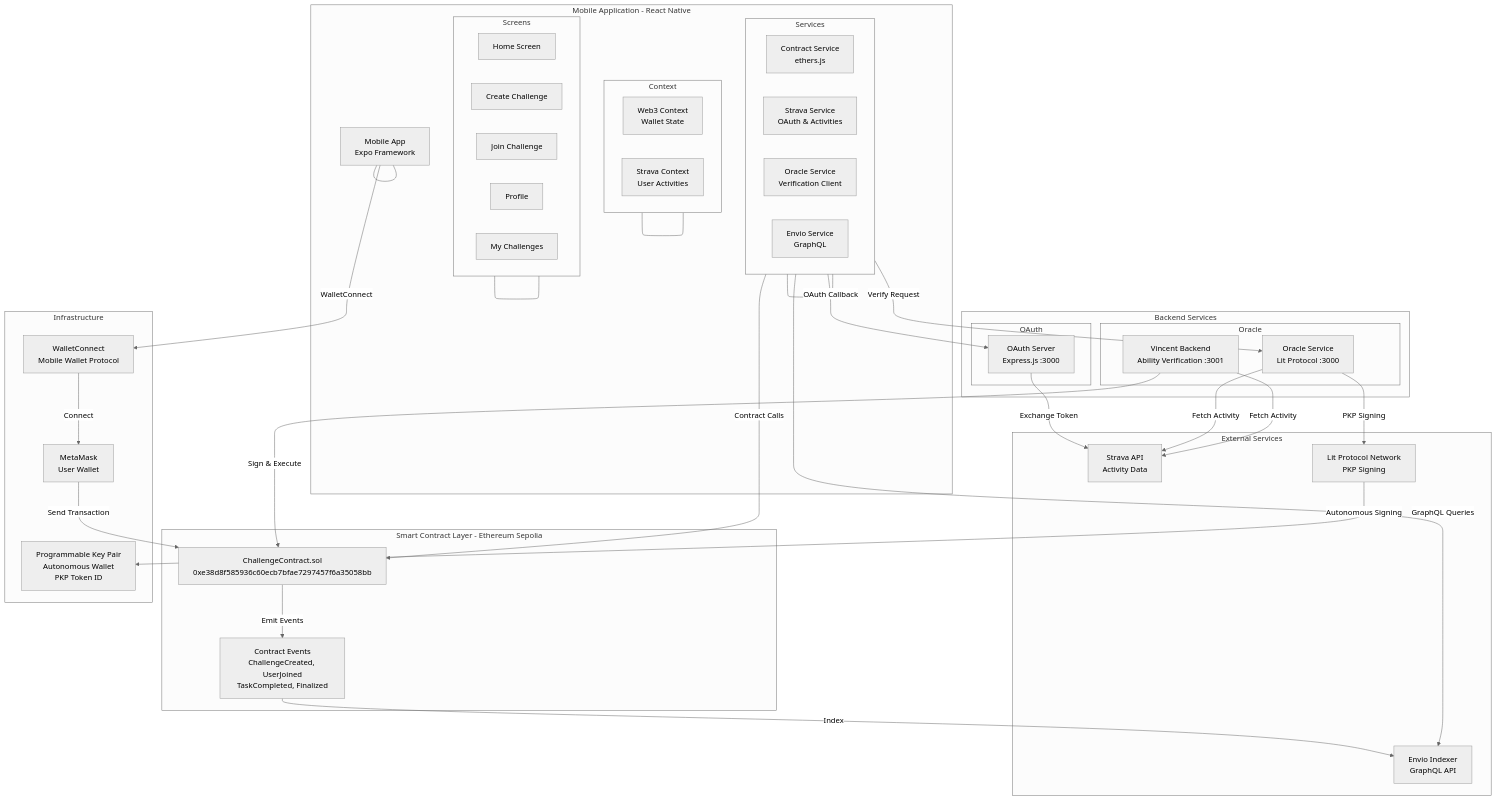
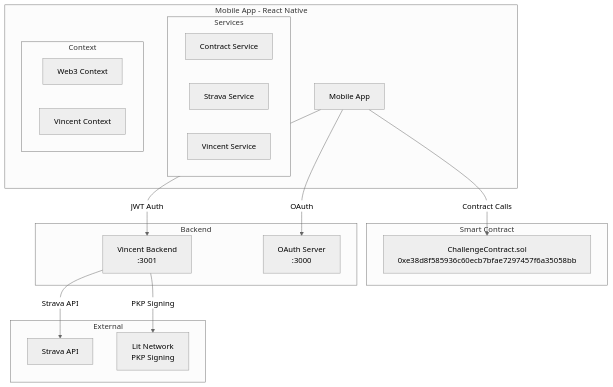
Before and after one commit to Kushagra1122/fitStake: the first of 4 diagrams in README.md, drawn with Mermaid (neutral theme). The commit also changed other lines of this file and 1 other file, not shown here.

````diff
--- a/README.md
+++ b/README.md
@@ -185,76 +36,35 @@
 ```mermaid
 graph TB
-    subgraph "Mobile Application - React Native"
-        MobileApp[Mobile App<br/>Expo Framework]
-        subgraph Screens
-            HomeScreen[Home Screen]
-            CreateScreen[Create Challenge]
-            JoinScreen[Join Challenge]
-            ProfileScreen[Profile]
-            ChallengesScreen[My Challenges]
+    subgraph "Mobile App - React Native"
+        MobileApp[Mobile App]
+        subgraph "Services"
+            ContractService[Contract Service]
+            StravaService[Strava Service]
+            VincentService[Vincent Service]
         end
-        subgraph Services
-            ContractService[Contract Service<br/>ethers.js]
-            StravaService[Strava Service<br/>OAuth & Activities]
-            OracleService[Oracle Service<br/>Verification Client]
-            EnvioService[Envio Service<br/>GraphQL]
-        end
-        subgraph Context
-            Web3Context[Web3 Context<br/>Wallet State]
-            StravaContext[Strava Context<br/>User Activities]
+        subgraph "Context"
+            Web3Context[Web3 Context]
+            VincentContext[Vincent Context]
         end
     end
     
-    subgraph "Smart Contract Layer - Ethereum Sepolia"
+    subgraph "Smart Contract"
         SmartContract[ChallengeContract.sol<br/>0xe38d8f585936c60ecb7bfae7297457f6a35058bb]
-        Events[Contract Events<br/>ChallengeCreated, UserJoined<br/>TaskCompleted, Finalized]
     end
     
-    subgraph "Backend Services"
-        subgraph OAuth
-            OAuthServer[OAuth Server<br/>Express.js :3000]
-        end
-        subgraph Oracle
-            OracleBackend[Oracle Service<br/>Lit Protocol :3000]
-            VincentBackend[Vincent Backend<br/>Ability Verification :3001]
-        end
+    subgraph "Backend"
+        VincentBackend[Vincent Backend<br/>:3001]
+        OAuthServer[OAuth Server<br/>:3000]
     end
     
-    subgraph "External Services"
-        StravaAPI[Strava API<br/>Activity Data]
-        LitNetwork[Lit Protocol Network<br/>PKP Signing]
-        EnvioIndexer[Envio Indexer<br/>GraphQL API]
+    subgraph "External"
+        StravaAPI[Strava API]
+        LitNetwork[Lit Network<br/>PKP Signing]
     end
     
-    subgraph "Infrastructure"
-        PKPWallet[Programmable Key Pair<br/>Autonomous Wallet<br/>PKP Token ID]
-        WalletConnect[WalletConnect<br/>Mobile Wallet Protocol]
-        MetaMask[MetaMask<br/>User Wallet]
-    end
-    
-    MobileApp --- MobileApp
-    Screens --- Screens
-    Services --- Services
-    Context --- Context
-    
-    Services -->|Contract Calls| SmartContract
-    Services -->|GraphQL Queries| EnvioIndexer
-    Services -->|OAuth Callback| OAuthServer
-    Services -->|Verify Request| OracleBackend
-    
-    OAuthServer -->|Exchange Token| StravaAPI
-    
-    OracleBackend -->|Fetch Activity| StravaAPI
-    OracleBackend -->|PKP Signing| LitNetwork
-    VincentBackend -->|Fetch Activity| StravaAPI
-    VincentBackend -->|Sign & Execute| SmartContract
-    
-    LitNetwork -->|Autonomous Signing| PKPWallet
-    
-    SmartContract -->|Emit Events| Events
-    Events -->|Index| EnvioIndexer
-    
-    MobileApp -->|WalletConnect| WalletConnect
-    WalletConnect -->|Connect| MetaMask
-    MetaMask -->|Send Transaction| SmartContract
+    MobileApp -->|Contract Calls| SmartContract
+    MobileApp -->|JWT Auth| VincentBackend
+    VincentBackend -->|PKP Signing| LitNetwork
+    VincentBackend -->|Strava API| StravaAPI
+    MobileApp -->|OAuth| OAuthServer
 ```
````
